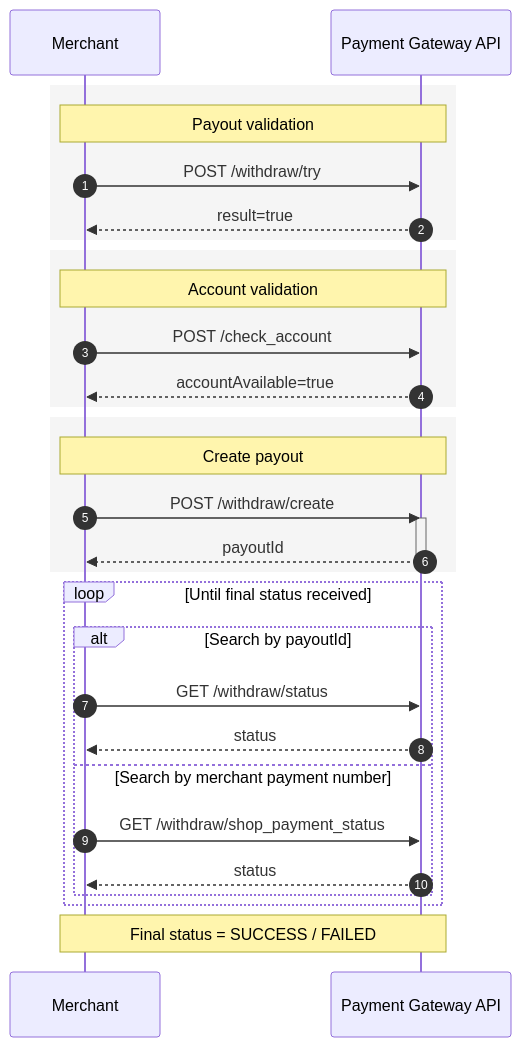
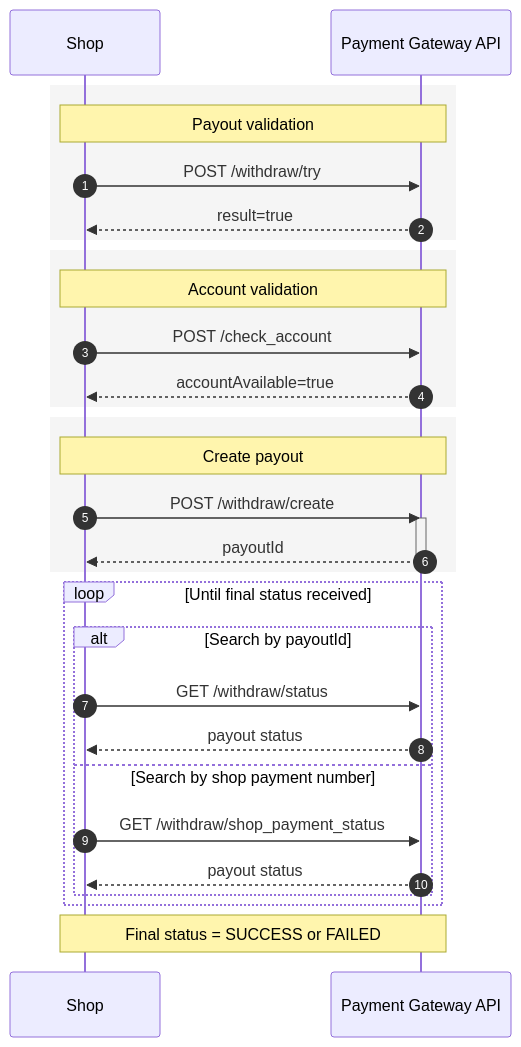
The diagram in withdraw-create.mdx (stereohead87/Documentation), drawn with Mermaid before and after one commit. The commit also changed 1 other file, not shown here.

Commit message:
Updated mintlify pages
- Updated invoice-create.mdx
- Updated withdraw-create.mdx

Mintlify-Source: dashboard-editor

````diff
--- a/withdraw-create.mdx
+++ b/withdraw-create.mdx
@@ -7,50 +7,50 @@
 ```mermaid placement="bottom-left"
 sequenceDiagram
     autonumber
 
-    participant Merchant
-    participant Gateway as Payment Gateway API
+    participant S as Shop
+    participant PG as Payment Gateway API
 
     rect rgb(245,245,245)
-        Note over Merchant,Gateway: Payout validation
+        Note over S,PG: Payout validation
 
-        Merchant->>Gateway: POST /withdraw/try
-        Gateway-->>Merchant: result=true
+        S->>PG: POST /withdraw/try
+        PG-->>S: result=true
     end
 
     rect rgb(245,245,245)
-        Note over Merchant,Gateway: Account validation
+        Note over S,PG: Account validation
 
-        Merchant->>Gateway: POST /check_account
-        Gateway-->>Merchant: accountAvailable=true
+        S->>PG: POST /check_account
+        PG-->>S: accountAvailable=true
     end
 
     rect rgb(245,245,245)
-        Note over Merchant,Gateway: Create payout
+        Note over S,PG: Create payout
 
-        Merchant->>Gateway: POST /withdraw/create
-        activate Gateway
+        S->>PG: POST /withdraw/create
+        activate PG
 
-        Gateway-->>Merchant: payoutId
+        PG-->>S: payoutId
 
-        deactivate Gateway
+        deactivate PG
     end
 
     loop Until final status received
 
         alt Search by payoutId
 
-            Merchant->>Gateway: GET /withdraw/status
-            Gateway-->>Merchant: status
+            S->>PG: GET /withdraw/status
+            PG-->>S: payout status
 
-        else Search by merchant payment number
+        else Search by shop payment number
 
-            Merchant->>Gateway: GET /withdraw/shop_payment_status
-            Gateway-->>Merchant: status
+            S->>PG: GET /withdraw/shop_payment_status
+            PG-->>S: payout status
 
         end
 
     end
 
-    Note over Merchant,Gateway: Final status = SUCCESS / FAILED
+    Note over S,PG: Final status = SUCCESS or FAILED
 ```
````
